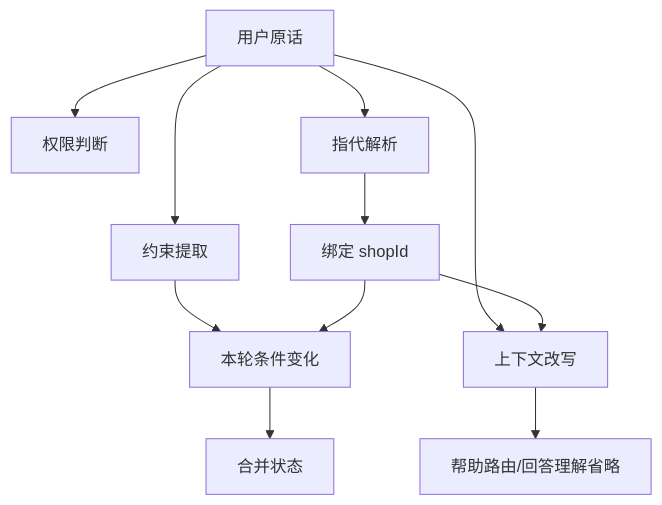
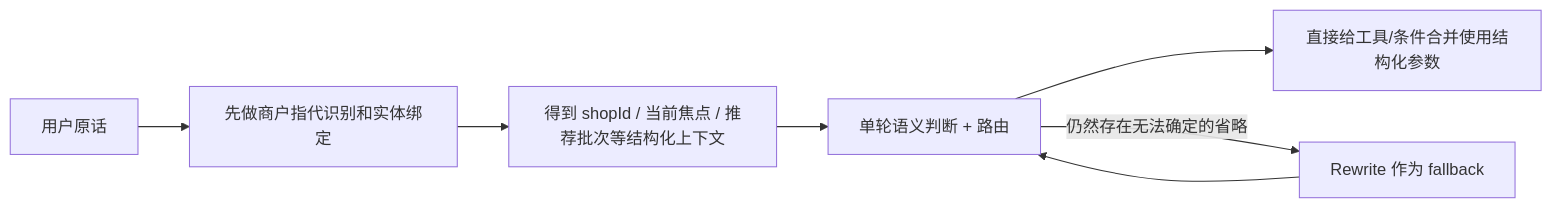
One commit to huwuhu6/dp-plus changed the third of 3 diagrams in doc/02_用户约束建模、提取与状态合并——开发故事与面试准备.md. Above: the diagram before and after it, drawn with Mermaid. The commit also changed other lines of this file, not shown here.

````diff
--- a/doc/02_用户约束建模、提取与状态合并——开发故事与面试准备.md
+++ b/doc/02_用户约束建模、提取与状态合并——开发故事与面试准备.md
@@ -190,13 +279,9 @@
 ```mermaid
-flowchart TD
-    A[用户原话] --> B[权限判断]
-    A --> C[约束提取]
-    A --> D[指代解析]
-    D --> E[绑定 shopId]
-    A --> F[上下文改写]
-    E --> F
-    F --> G[帮助路由/回答理解省略]
-    C --> H[本轮条件变化]
-    E --> H
-    H --> I[合并状态]
+flowchart LR
+    A[用户原话] --> B[先做商户指代识别和实体绑定]
+    B --> C[得到 shopId / 当前焦点 / 推荐批次等结构化上下文]
+    C --> D[单轮语义判断 + 路由]
+    D --> E[直接给工具/条件合并使用结构化参数]
+    D -->|仍然存在无法确定的省略| F[Rewrite 作为 fallback]
+    F --> D
 ```
````
